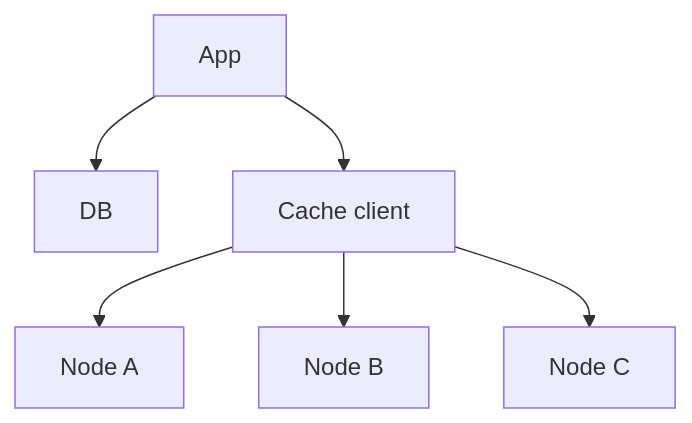
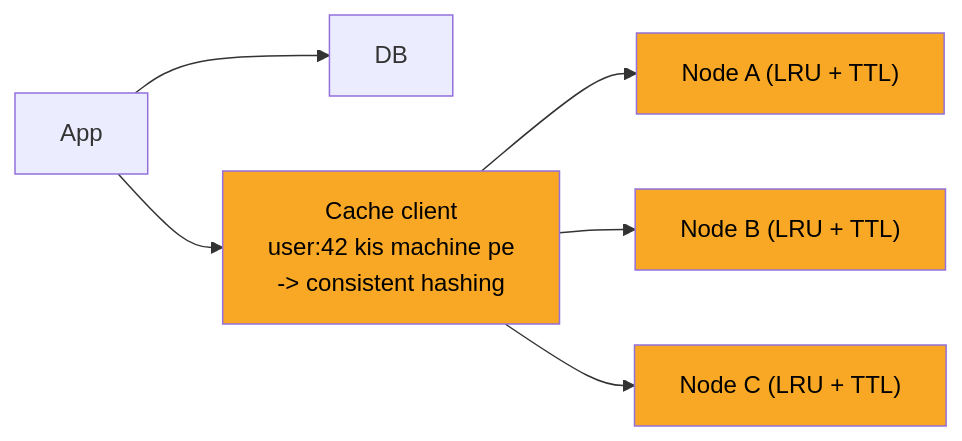
Before and after one commit to ArpanMaheshwari144/Prep: the third of 8 diagrams in 04_HLD/SYSTEM_DESIGNS/10_distributed_cache/10_distributed_cache.md, drawn with Mermaid. The commit also changed other lines of this file and 2 other files, not shown here.

Commit message:
news, bookmyshow, cache: one-day story, short cards, follow-ups with rules, highlighted diagrams

````diff
--- a/04_HLD/SYSTEM_DESIGNS/10_distributed_cache/10_distributed_cache.md
+++ b/04_HLD/SYSTEM_DESIGNS/10_distributed_cache/10_distributed_cache.md
@@ -134,14 +140,18 @@
 ```mermaid
-flowchart TD
+flowchart LR
     n_App["App"]
     n_DB["DB"]
-    n_Cache_client["Cache client"]
-    n_Node_A["Node A"]
-    n_Node_B["Node B"]
-    n_Node_C["Node C"]
+    n_Cache_client["Cache client<br/>user:42 kis machine pe<br/>-> consistent hashing"]
+    n_Node_A["Node A (LRU + TTL)"]
+    n_Node_B["Node B (LRU + TTL)"]
+    n_Node_C["Node C (LRU + TTL)"]
     n_App --> n_DB
     n_App --> n_Cache_client
     n_Cache_client --> n_Node_A
     n_Cache_client --> n_Node_B
     n_Cache_client --> n_Node_C
+    style n_Cache_client fill:#f9a825,color:#000
+    style n_Node_A fill:#f9a825,color:#000
+    style n_Node_B fill:#f9a825,color:#000
+    style n_Node_C fill:#f9a825,color:#000
 ```
````
